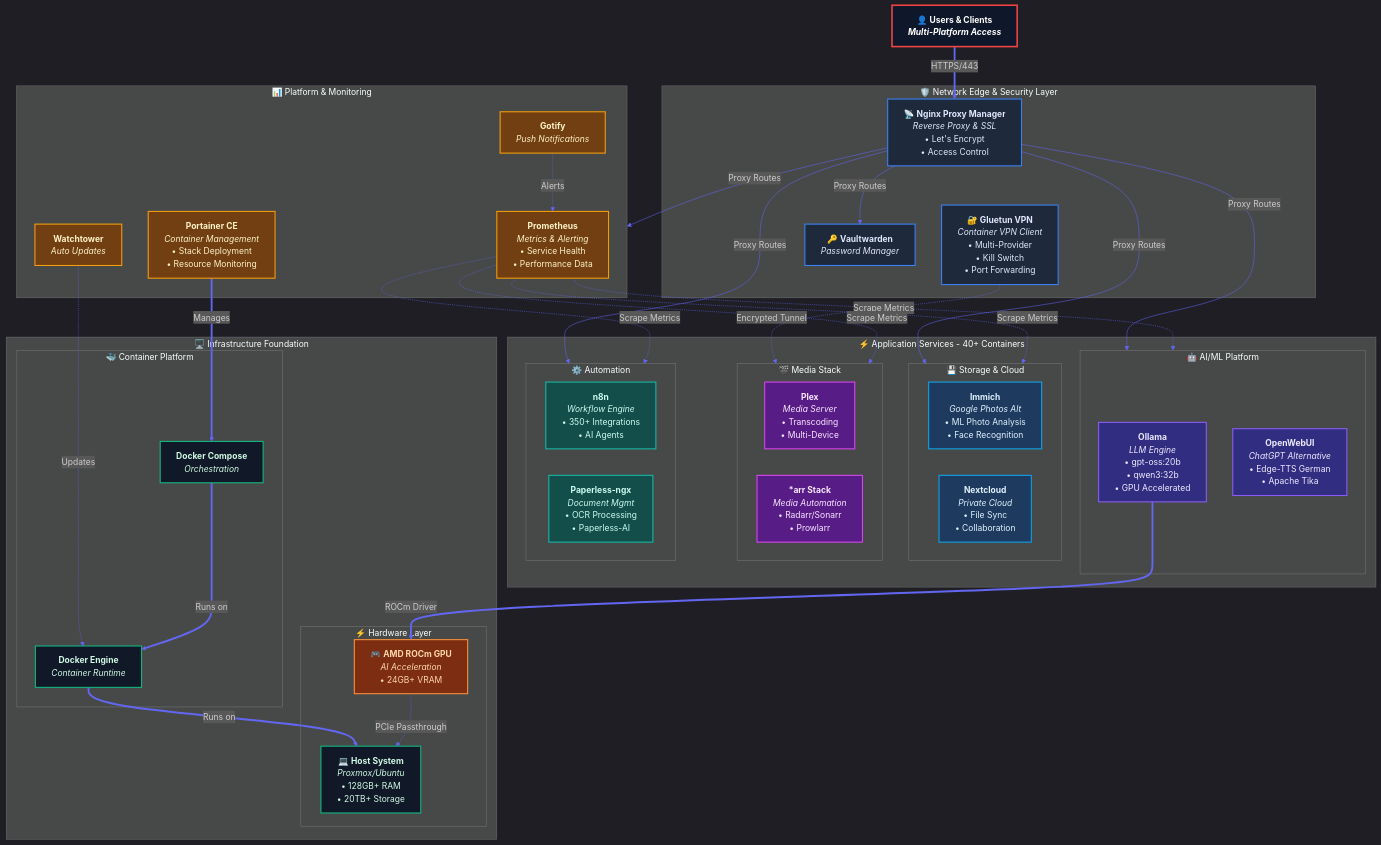
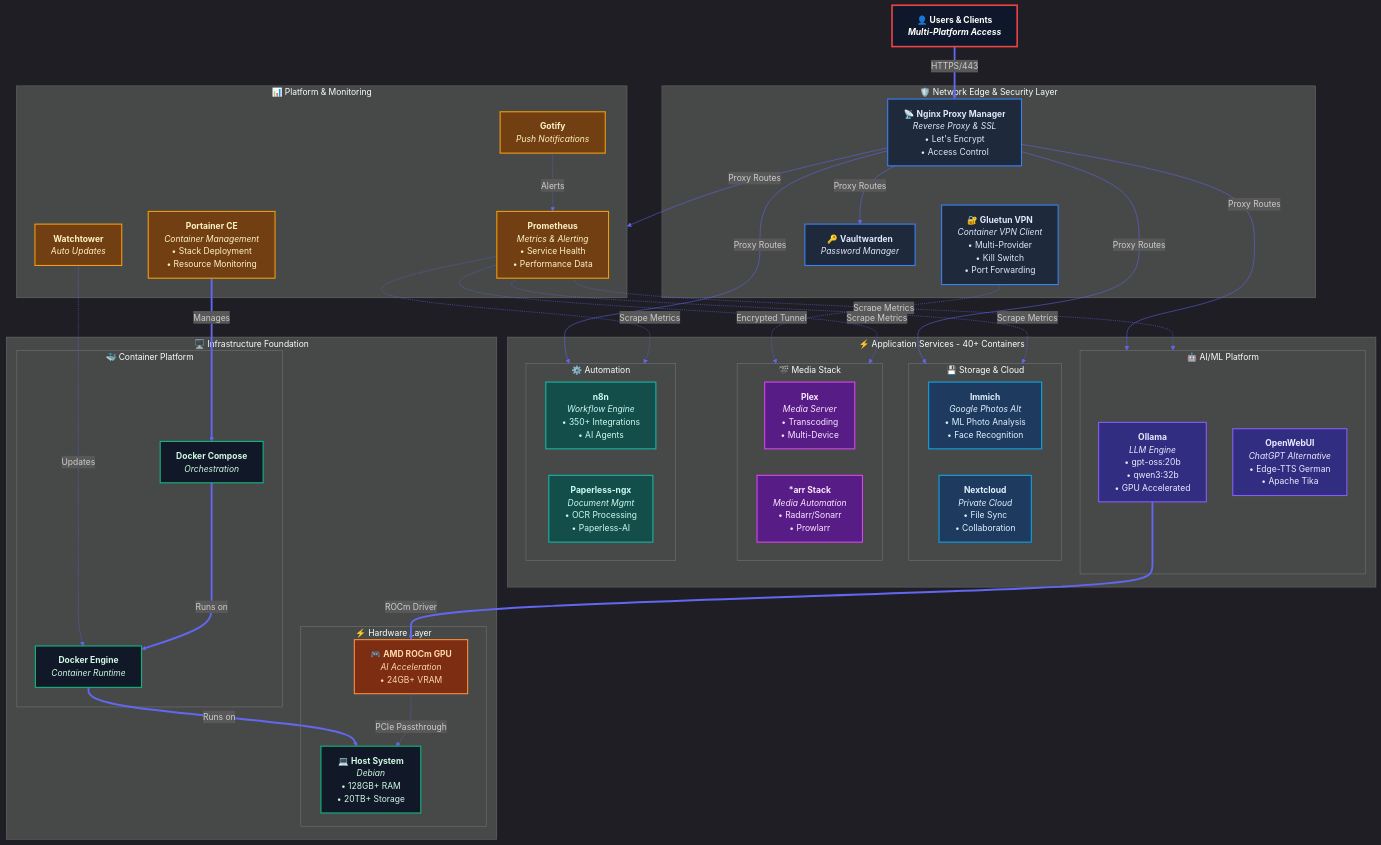
One commit to psimaker/homelab changed the first of 2 diagrams in README.md. Above: the diagram before and after it, drawn with Mermaid.

```diff
--- a/README.md
+++ b/README.md
@@ -59,7 +59,7 @@
         end
         subgraph HARDWARE["⚡ Hardware Layer"]
             GPU["🎮 <b>AMD ROCm GPU</b><br/><i>AI Acceleration</i><br/>• 24GB+ VRAM"]
-            HOST["💻 <b>Host System</b><br/><i>Proxmox/Ubuntu</i><br/>• 128GB+ RAM<br/>• 20TB+ Storage"]
+            HOST["💻 <b>Host System</b><br/><i>Debian</i><br/>• 128GB+ RAM<br/>• 20TB+ Storage"]
         end
     end
 
```
